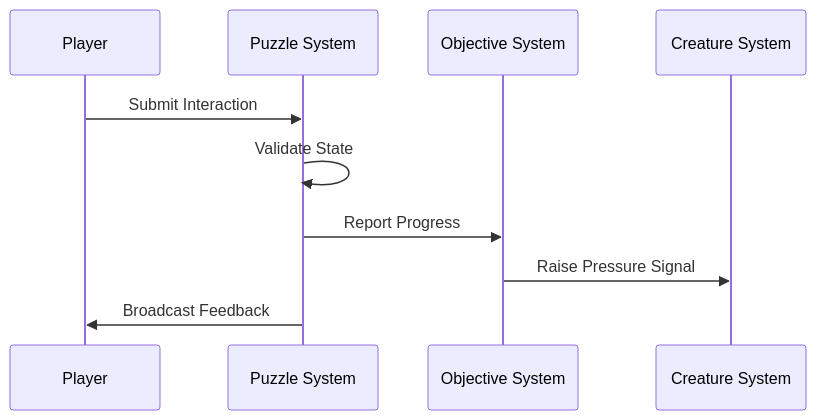
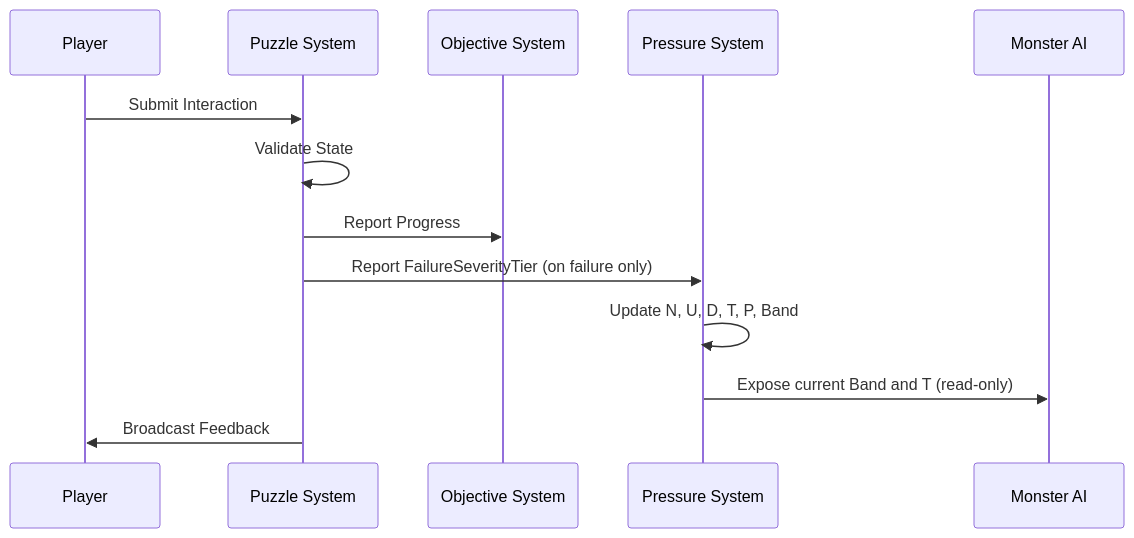
Before and after one commit to snehadpatel/QuestBit: the third of 5 diagrams in Project-Echo/docs/GDD/07 Puzzle Framework.md, drawn with Mermaid. The commit also changed other lines of this file and 16 other files, not shown here.

````diff
--- a/Project-Echo/docs/GDD/07 Puzzle Framework.md
+++ b/Project-Echo/docs/GDD/07 Puzzle Framework.md
@@ -386,12 +387,15 @@
 ```mermaid
 sequenceDiagram
     participant P as Player
     participant S as Puzzle System
     participant O as Objective System
-    participant C as Creature System
+    participant PS as Pressure System
+    participant C as Monster AI
     P->>S: Submit Interaction
     S->>S: Validate State
     S->>O: Report Progress
-    O->>C: Raise Pressure Signal
+    S->>PS: Report FailureSeverityTier (on failure only)
+    PS->>PS: Update N, U, D, T, P, Band
+    PS->>C: Expose current Band and T (read-only)
     S->>P: Broadcast Feedback
 ```
````
